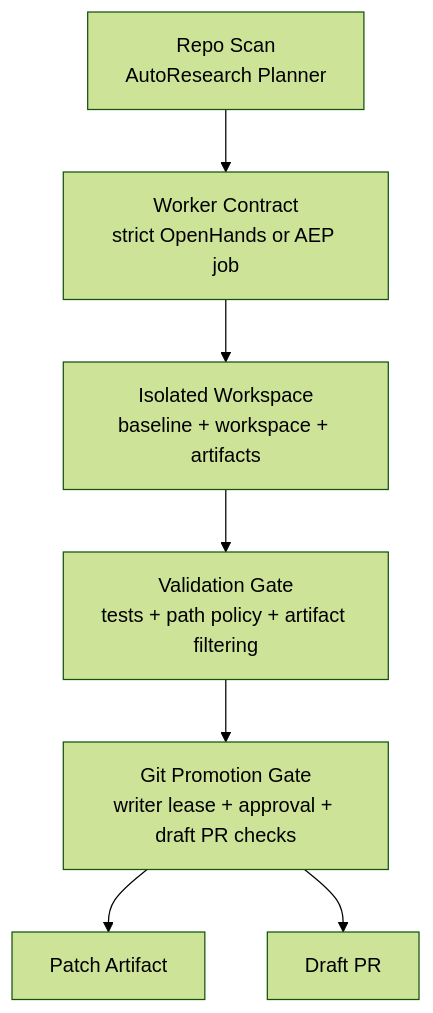
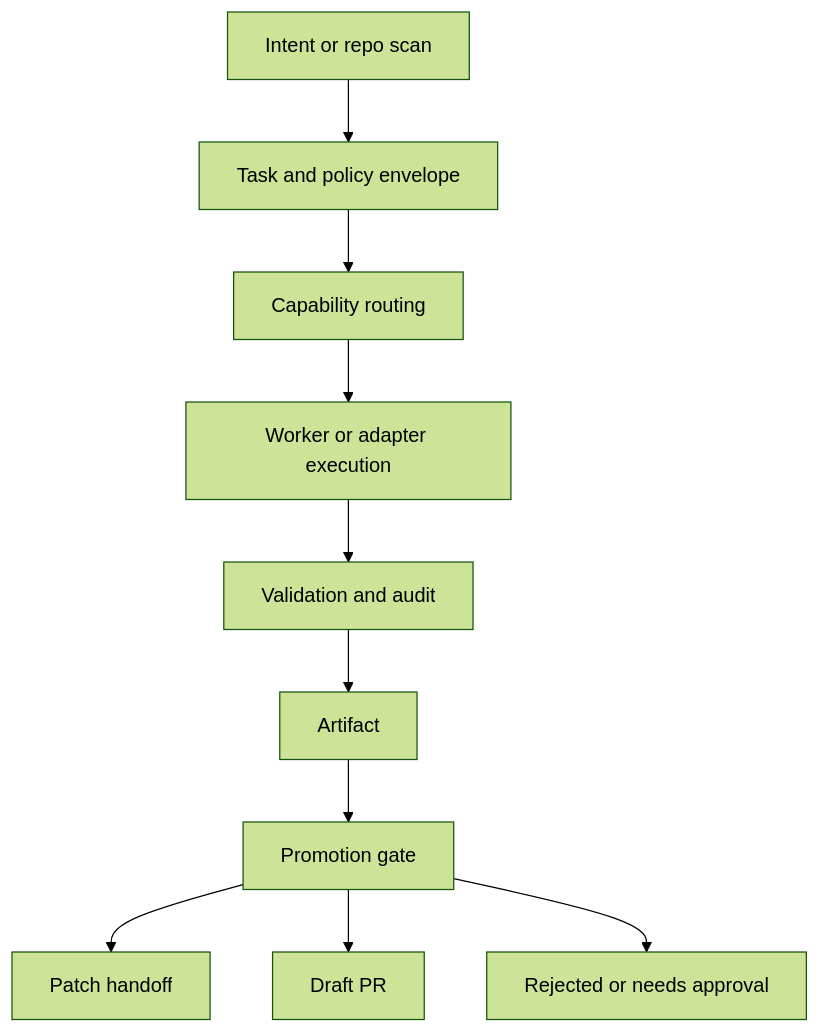
Before and after one commit to autonomous-agent-stack/autonomous-agent-stack: the diagram in docs/architecture.md, drawn with Mermaid (forest theme). The commit also changed other lines of this file and 93 other files, not shown here.

````diff
--- a/docs/architecture.md
+++ b/docs/architecture.md
@@ -43,9 +55,12 @@
 ```mermaid
 flowchart TD
-    A["Repo Scan<br/>AutoResearch Planner"] --> B["Worker Contract<br/>strict OpenHands or AEP job"]
-    B --> C["Isolated Workspace<br/>baseline + workspace + artifacts"]
-    C --> D["Validation Gate<br/>tests + path policy + artifact filtering"]
-    D --> E["Git Promotion Gate<br/>writer lease + approval + draft PR checks"]
-    E --> F["Patch Artifact"]
-    E --> G["Draft PR"]
+    A["Intent or repo scan"] --> B["Task and policy envelope"]
+    B --> C["Capability routing"]
+    C --> D["Worker or adapter execution"]
+    D --> E["Validation and audit"]
+    E --> F["Artifact"]
+    F --> G["Promotion gate"]
+    G --> H["Patch handoff"]
+    G --> I["Draft PR"]
+    G --> J["Rejected or needs approval"]
 ```
````
